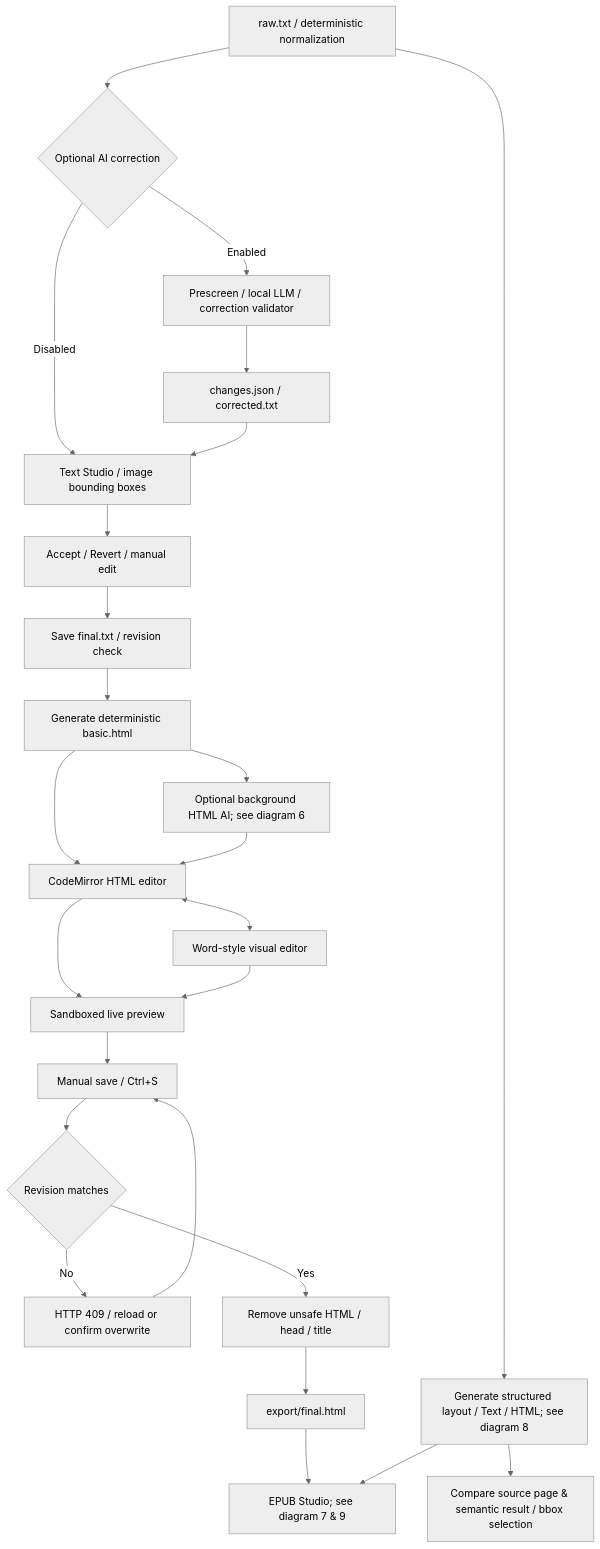
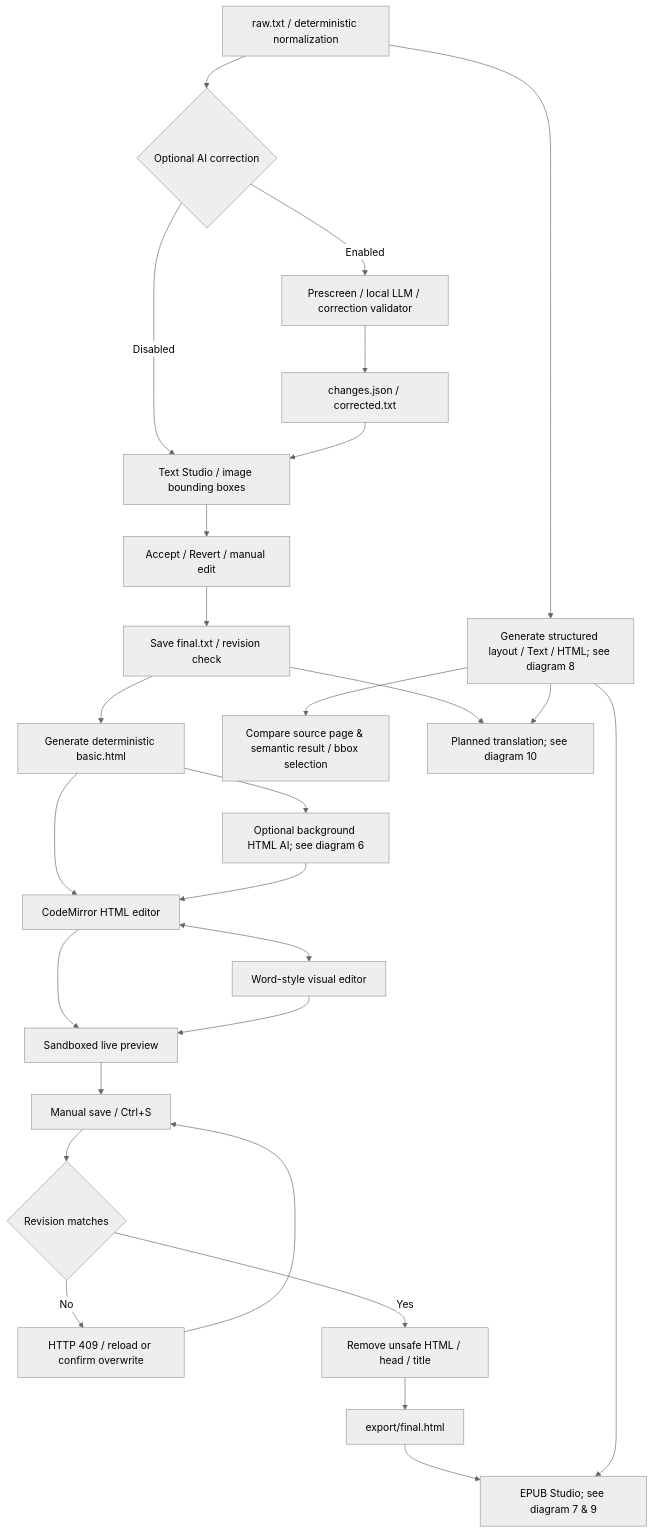
Before and after one commit to anuwatm/pdf-ocr-studio: the third of 10 diagrams in readme.md, drawn with Mermaid (neutral theme). The commit also changed other lines of this file, not shown here.

Commit message:
docs: update readme with document translation planning and refine features

````diff
--- a/readme.md
+++ b/readme.md
@@ -188,27 +192,29 @@
 ```mermaid
 flowchart TD
     Raw["raw.txt / deterministic normalization"] --> Correction{"Optional AI correction"}
     Correction -->|Enabled| LLM["Prescreen / local LLM / correction validator"]
     Correction -->|Disabled| Review["Text Studio / image bounding boxes"]
     LLM --> Proposals["changes.json / corrected.txt"]
     Proposals --> Review
     Review --> Accept["Accept / Revert / manual edit"]
     Accept --> TextSave["Save final.txt / revision check"]
     TextSave --> Basic["Generate deterministic basic.html"]
     Raw --> Structured["Generate structured layout / Text / HTML; see diagram 8"]
     Structured --> Compare["Compare source page & semantic result / bbox selection"]
     Basic --> AI["Optional background HTML AI; see diagram 6"]
     Basic --> Code["CodeMirror HTML editor"]
     AI --> Code
     Code <--> Visual["Word-style visual editor"]
     Code --> Preview["Sandboxed live preview"]
     Visual --> Preview
     Preview --> Save["Manual save / Ctrl+S"]
     Save --> Revision{"Revision matches"}
     Revision -->|No| Conflict["HTTP 409 / reload or confirm overwrite"]
     Conflict --> Save
     Revision -->|Yes| Sanitize["Remove unsafe HTML / head / title"]
     Sanitize --> Final["export/final.html"]
     Final --> EPUB["EPUB Studio; see diagram 7 & 9"]
     Structured --> EPUB
+    TextSave --> Translation["Planned translation; see diagram 10"]
+    Structured --> Translation
 ```
````
